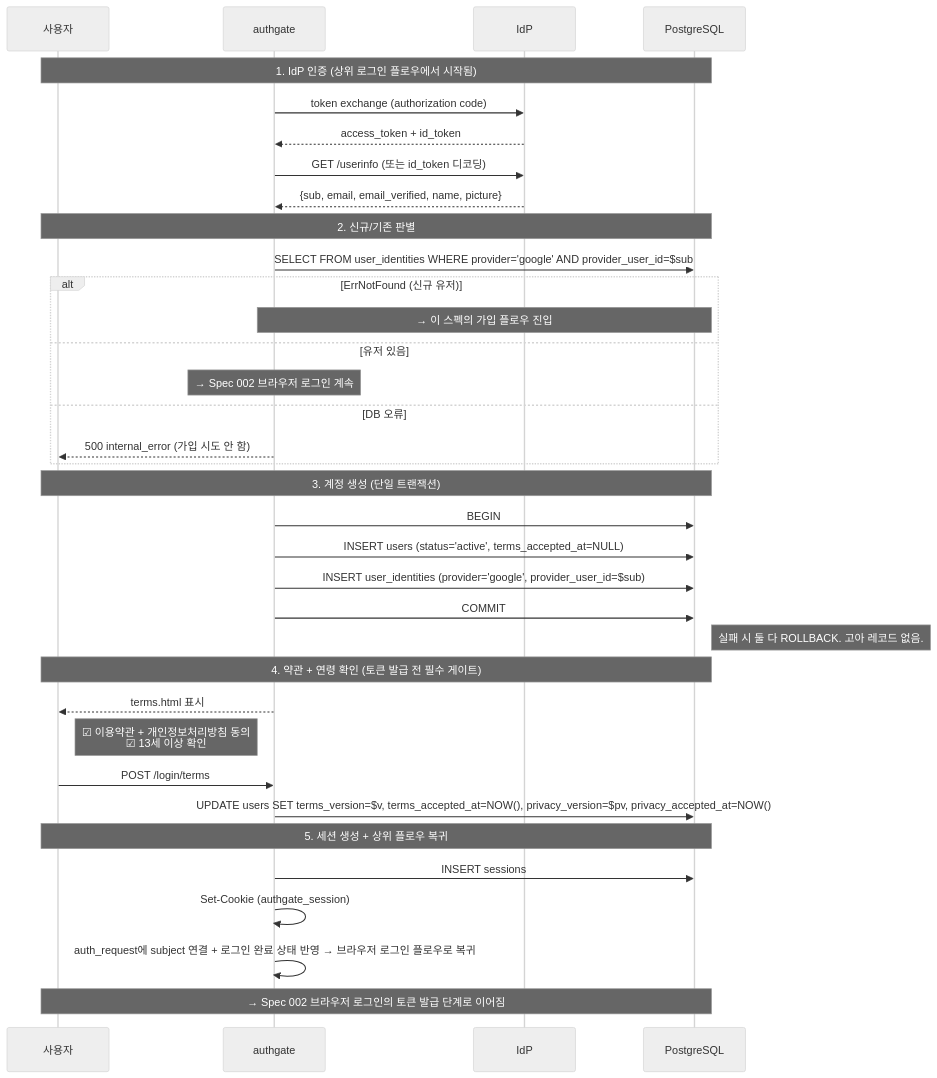
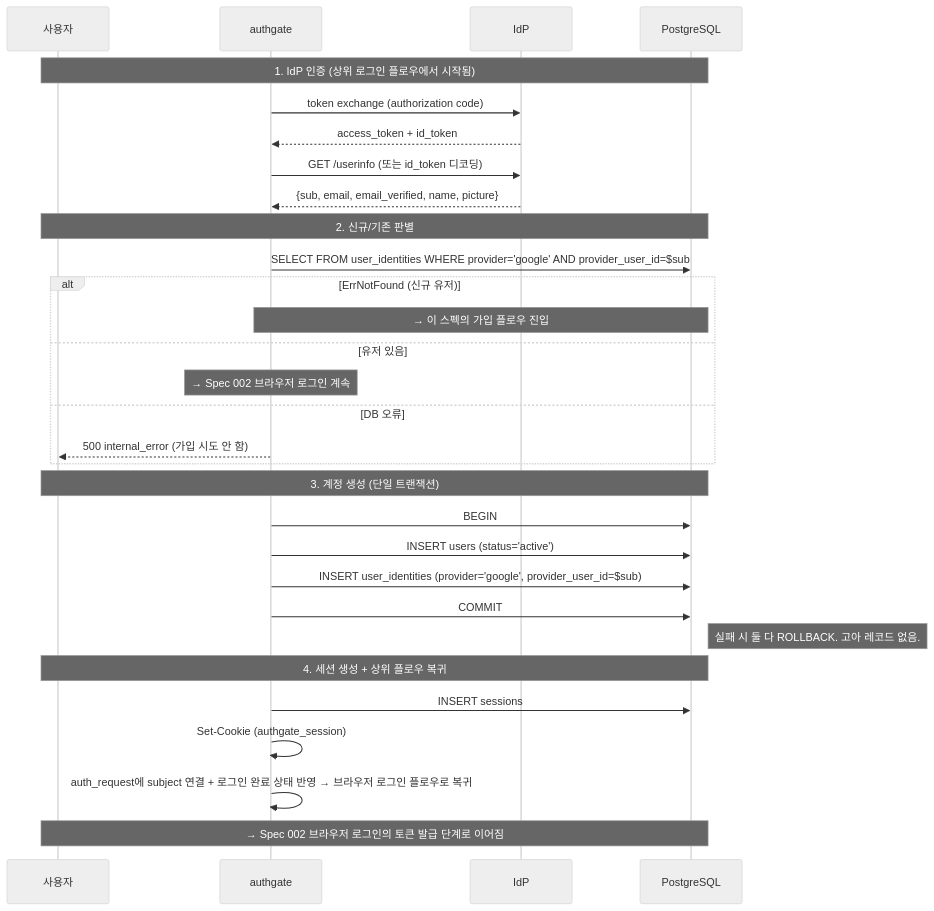
The diagram in docs/spec/001-signup.md (cagojeiger/authgate), drawn with Mermaid (neutral theme) before and after one commit. The commit also changed other lines of this file and 26 other files, not shown here.

````diff
--- a/docs/spec/001-signup.md
+++ b/docs/spec/001-signup.md
@@ -50,42 +50,36 @@
 ```mermaid
 sequenceDiagram
     participant U as 사용자
     participant AG as authgate
     participant IdP as IdP
     participant DB as PostgreSQL
 
     Note over U,DB: 1. IdP 인증 (상위 로그인 플로우에서 시작됨)
     AG->>IdP: token exchange (authorization code)
     IdP-->>AG: access_token + id_token
     AG->>IdP: GET /userinfo (또는 id_token 디코딩)
     IdP-->>AG: {sub, email, email_verified, name, picture}
 
     Note over U,DB: 2. 신규/기존 판별
     AG->>DB: SELECT FROM user_identities WHERE provider='google' AND provider_user_id=$sub
     alt ErrNotFound (신규 유저)
         Note over AG,DB: → 이 스펙의 가입 플로우 진입
     else 유저 있음
         Note over AG: → Spec 002 브라우저 로그인 계속
     else DB 오류
         AG-->>U: 500 internal_error (가입 시도 안 함)
     end
 
     Note over U,DB: 3. 계정 생성 (단일 트랜잭션)
     AG->>DB: BEGIN
-    AG->>DB: INSERT users (status='active', terms_accepted_at=NULL)
+    AG->>DB: INSERT users (status='active')
     AG->>DB: INSERT user_identities (provider='google', provider_user_id=$sub)
     AG->>DB: COMMIT
     Note right of DB: 실패 시 둘 다 ROLLBACK. 고아 레코드 없음.
 
-    Note over U,DB: 4. 약관 + 연령 확인 (토큰 발급 전 필수 게이트)
-    AG-->>U: terms.html 표시
-    Note right of U: ☑ 이용약관 + 개인정보처리방침 동의<br/>☑ 13세 이상 확인
-    U->>AG: POST /login/terms
-    AG->>DB: UPDATE users SET terms_version=$v, terms_accepted_at=NOW(), privacy_version=$pv, privacy_accepted_at=NOW()
-
-    Note over U,DB: 5. 세션 생성 + 상위 플로우 복귀
+    Note over U,DB: 4. 세션 생성 + 상위 플로우 복귀
     AG->>DB: INSERT sessions
     AG->>AG: Set-Cookie (authgate_session)
     AG->>AG: auth_request에 subject 연결 + 로그인 완료 상태 반영 → 브라우저 로그인 플로우로 복귀
     Note over U,DB: → Spec 002 브라우저 로그인의 토큰 발급 단계로 이어짐
 ```
````
